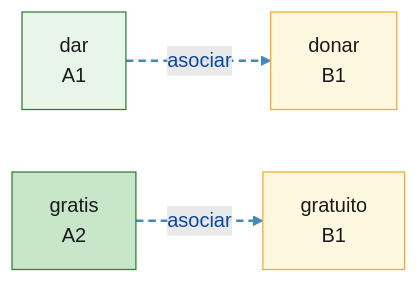
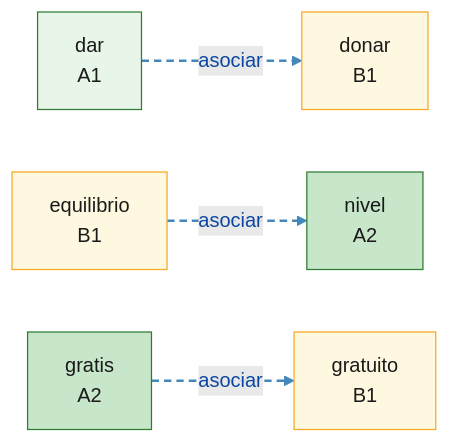
One commit to auding1900/es-raiz-vocab changed the diagram in mindmaps/asociar_a-l-4-4.md. Above: the diagram before and after it, drawn with Mermaid. The commit also changed other lines of this file and 30 other files, not shown here.

First line of the commit message:
feat(data): 新增 C4 词根导图：struct,fabric,constru,mol,aed,tect,mur,pont

````diff
--- a/mindmaps/asociar_a-l-4-4.md
+++ b/mindmaps/asociar_a-l-4-4.md
@@ -8,23 +8,29 @@
 ```mermaid
 graph LR
   W_dar["dar<br/>A1"]:::lvlA1
   W_donar["donar<br/>B1"]:::lvlB1
+  W_equilibrio["equilibrio<br/>B1"]:::lvlB1
   W_gratis["gratis<br/>A2"]:::lvlA2
   W_gratuito["gratuito<br/>B1"]:::lvlB1
+  W_nivel["nivel<br/>A2"]:::lvlA2
+  W_equilibrio -.->|asociar| W_nivel
   W_dar -.->|asociar| W_donar
   W_gratis -.->|asociar| W_gratuito
   linkStyle 0 stroke:#4488bb,stroke-width:2px,stroke-dasharray:6 4
   linkStyle 1 stroke:#4488bb,stroke-width:2px,stroke-dasharray:6 4
+  linkStyle 2 stroke:#4488bb,stroke-width:2px,stroke-dasharray:6 4
   classDef root fill:#bbdefb,stroke:#1565c0,stroke-width:2px,color:#0d47a1
   classDef lvlA1 fill:#e8f5e9,stroke:#2e7d32,color:#1a1a1a
   classDef lvlA2 fill:#c8e6c9,stroke:#2e7d32,color:#1a1a1a
   classDef lvlB1 fill:#fff8e1,stroke:#f9a825,color:#1a1a1a
   classDef lvlB2 fill:#ffe0b2,stroke:#ef6c00,color:#1a1a1a
   classDef lvlC1 fill:#ffccbc,stroke:#d84315,color:#1a1a1a
   classDef lvlC2 fill:#ffcdd2,stroke:#b71c1c,color:#1a1a1a
   classDef lvlNA fill:#f5f5f5,stroke:#9e9e9e,color:#424242
   click W_dar "https://www.doubao.com/chat?q=%E8%A5%BF%E7%8F%AD%E7%89%99%E8%AF%ADdar%EF%BC%8C%E8%AF%8D%E6%A0%B9dare%EF%BC%8C%E8%A7%A3%E9%87%8A%E8%AF%8D%E4%B9%89%E3%80%81DELE%E7%AD%89%E7%BA%A7%E3%80%81%E8%AF%AD%E4%BD%93%E3%80%81%E5%B8%B8%E7%94%A8%E6%90%AD%E9%85%8D%E3%80%81%E8%BF%91%E4%B9%89%E8%AF%8D%E8%BE%A8%E6%9E%90%EF%BC%8C%E5%B9%B6%E4%B8%94%E7%BB%992%E6%9D%A1%E6%9D%A5%E8%87%AA%E5%85%AC%E7%89%88%E8%A5%BF%E8%AF%AD%E6%96%87%E6%9C%AC%EF%BC%88Wikisource%2F%E5%8F%A4%E7%99%BB%E5%A0%A1%EF%BC%89%E7%9A%84%E8%87%AA%E7%84%B6%E4%BE%8B%E5%8F%A5%EF%BC%8C%E4%BE%8B%E5%8F%A5%E4%BC%98%E5%85%88%E9%80%89%E7%94%A8%E7%8E%B0%E4%BB%A3%E6%A0%87%E5%87%86%E8%A5%BF%E7%8F%AD%E7%89%99%E8%AF%AD%EF%BC%8C%E5%8F%A4%E4%BD%93%E4%BE%8B%E5%8F%A5%E6%A0%87%E6%B3%A8%E3%80%90arca%C3%ADsmo%E3%80%91" "豆包查询：dar" _blank
   click W_donar "https://www.doubao.com/chat?q=%E8%A5%BF%E7%8F%AD%E7%89%99%E8%AF%ADdonar%EF%BC%8C%E8%AF%8D%E6%A0%B9don%EF%BC%8C%E8%A7%A3%E9%87%8A%E8%AF%8D%E4%B9%89%E3%80%81DELE%E7%AD%89%E7%BA%A7%E3%80%81%E8%AF%AD%E4%BD%93%E3%80%81%E5%B8%B8%E7%94%A8%E6%90%AD%E9%85%8D%E3%80%81%E8%BF%91%E4%B9%89%E8%AF%8D%E8%BE%A8%E6%9E%90%EF%BC%8C%E5%B9%B6%E4%B8%94%E7%BB%992%E6%9D%A1%E6%9D%A5%E8%87%AA%E5%85%AC%E7%89%88%E8%A5%BF%E8%AF%AD%E6%96%87%E6%9C%AC%EF%BC%88Wikisource%2F%E5%8F%A4%E7%99%BB%E5%A0%A1%EF%BC%89%E7%9A%84%E8%87%AA%E7%84%B6%E4%BE%8B%E5%8F%A5%EF%BC%8C%E4%BE%8B%E5%8F%A5%E4%BC%98%E5%85%88%E9%80%89%E7%94%A8%E7%8E%B0%E4%BB%A3%E6%A0%87%E5%87%86%E8%A5%BF%E7%8F%AD%E7%89%99%E8%AF%AD%EF%BC%8C%E5%8F%A4%E4%BD%93%E4%BE%8B%E5%8F%A5%E6%A0%87%E6%B3%A8%E3%80%90arca%C3%ADsmo%E3%80%91" "豆包查询：donar" _blank
+  click W_equilibrio "https://www.doubao.com/chat?q=%E8%A5%BF%E7%8F%AD%E7%89%99%E8%AF%ADequilibrio%EF%BC%8C%E8%AF%8D%E6%A0%B9lib%EF%BC%8C%E8%A7%A3%E9%87%8A%E8%AF%8D%E4%B9%89%E3%80%81DELE%E7%AD%89%E7%BA%A7%E3%80%81%E8%AF%AD%E4%BD%93%E3%80%81%E5%B8%B8%E7%94%A8%E6%90%AD%E9%85%8D%E3%80%81%E8%BF%91%E4%B9%89%E8%AF%8D%E8%BE%A8%E6%9E%90%EF%BC%8C%E5%B9%B6%E4%B8%94%E7%BB%992%E6%9D%A1%E6%9D%A5%E8%87%AA%E5%85%AC%E7%89%88%E8%A5%BF%E8%AF%AD%E6%96%87%E6%9C%AC%EF%BC%88Wikisource%2F%E5%8F%A4%E7%99%BB%E5%A0%A1%EF%BC%89%E7%9A%84%E8%87%AA%E7%84%B6%E4%BE%8B%E5%8F%A5%EF%BC%8C%E4%BE%8B%E5%8F%A5%E4%BC%98%E5%85%88%E9%80%89%E7%94%A8%E7%8E%B0%E4%BB%A3%E6%A0%87%E5%87%86%E8%A5%BF%E7%8F%AD%E7%89%99%E8%AF%AD%EF%BC%8C%E5%8F%A4%E4%BD%93%E4%BE%8B%E5%8F%A5%E6%A0%87%E6%B3%A8%E3%80%90arca%C3%ADsmo%E3%80%91" "豆包查询：equilibrio" _blank
   click W_gratis "https://www.doubao.com/chat?q=%E8%A5%BF%E7%8F%AD%E7%89%99%E8%AF%ADgratis%EF%BC%8C%E8%AF%8D%E6%A0%B9grat%EF%BC%8C%E8%A7%A3%E9%87%8A%E8%AF%8D%E4%B9%89%E3%80%81DELE%E7%AD%89%E7%BA%A7%E3%80%81%E8%AF%AD%E4%BD%93%E3%80%81%E5%B8%B8%E7%94%A8%E6%90%AD%E9%85%8D%E3%80%81%E8%BF%91%E4%B9%89%E8%AF%8D%E8%BE%A8%E6%9E%90%EF%BC%8C%E5%B9%B6%E4%B8%94%E7%BB%992%E6%9D%A1%E6%9D%A5%E8%87%AA%E5%85%AC%E7%89%88%E8%A5%BF%E8%AF%AD%E6%96%87%E6%9C%AC%EF%BC%88Wikisource%2F%E5%8F%A4%E7%99%BB%E5%A0%A1%EF%BC%89%E7%9A%84%E8%87%AA%E7%84%B6%E4%BE%8B%E5%8F%A5%EF%BC%8C%E4%BE%8B%E5%8F%A5%E4%BC%98%E5%85%88%E9%80%89%E7%94%A8%E7%8E%B0%E4%BB%A3%E6%A0%87%E5%87%86%E8%A5%BF%E7%8F%AD%E7%89%99%E8%AF%AD%EF%BC%8C%E5%8F%A4%E4%BD%93%E4%BE%8B%E5%8F%A5%E6%A0%87%E6%B3%A8%E3%80%90arca%C3%ADsmo%E3%80%91" "豆包查询：gratis" _blank
   click W_gratuito "https://www.doubao.com/chat?q=%E8%A5%BF%E7%8F%AD%E7%89%99%E8%AF%ADgratuito%EF%BC%8C%E8%AF%8D%E6%A0%B9grat%EF%BC%8C%E8%A7%A3%E9%87%8A%E8%AF%8D%E4%B9%89%E3%80%81DELE%E7%AD%89%E7%BA%A7%E3%80%81%E8%AF%AD%E4%BD%93%E3%80%81%E5%B8%B8%E7%94%A8%E6%90%AD%E9%85%8D%E3%80%81%E8%BF%91%E4%B9%89%E8%AF%8D%E8%BE%A8%E6%9E%90%EF%BC%8C%E5%B9%B6%E4%B8%94%E7%BB%992%E6%9D%A1%E6%9D%A5%E8%87%AA%E5%85%AC%E7%89%88%E8%A5%BF%E8%AF%AD%E6%96%87%E6%9C%AC%EF%BC%88Wikisource%2F%E5%8F%A4%E7%99%BB%E5%A0%A1%EF%BC%89%E7%9A%84%E8%87%AA%E7%84%B6%E4%BE%8B%E5%8F%A5%EF%BC%8C%E4%BE%8B%E5%8F%A5%E4%BC%98%E5%85%88%E9%80%89%E7%94%A8%E7%8E%B0%E4%BB%A3%E6%A0%87%E5%87%86%E8%A5%BF%E7%8F%AD%E7%89%99%E8%AF%AD%EF%BC%8C%E5%8F%A4%E4%BD%93%E4%BE%8B%E5%8F%A5%E6%A0%87%E6%B3%A8%E3%80%90arca%C3%ADsmo%E3%80%91" "豆包查询：gratuito" _blank
+  click W_nivel "https://www.doubao.com/chat?q=%E8%A5%BF%E7%8F%AD%E7%89%99%E8%AF%ADnivel%EF%BC%8C%E8%AF%8D%E6%A0%B9lib%EF%BC%8C%E8%A7%A3%E9%87%8A%E8%AF%8D%E4%B9%89%E3%80%81DELE%E7%AD%89%E7%BA%A7%E3%80%81%E8%AF%AD%E4%BD%93%E3%80%81%E5%B8%B8%E7%94%A8%E6%90%AD%E9%85%8D%E3%80%81%E8%BF%91%E4%B9%89%E8%AF%8D%E8%BE%A8%E6%9E%90%EF%BC%8C%E5%B9%B6%E4%B8%94%E7%BB%992%E6%9D%A1%E6%9D%A5%E8%87%AA%E5%85%AC%E7%89%88%E8%A5%BF%E8%AF%AD%E6%96%87%E6%9C%AC%EF%BC%88Wikisource%2F%E5%8F%A4%E7%99%BB%E5%A0%A1%EF%BC%89%E7%9A%84%E8%87%AA%E7%84%B6%E4%BE%8B%E5%8F%A5%EF%BC%8C%E4%BE%8B%E5%8F%A5%E4%BC%98%E5%85%88%E9%80%89%E7%94%A8%E7%8E%B0%E4%BB%A3%E6%A0%87%E5%87%86%E8%A5%BF%E7%8F%AD%E7%89%99%E8%AF%AD%EF%BC%8C%E5%8F%A4%E4%BD%93%E4%BE%8B%E5%8F%A5%E6%A0%87%E6%B3%A8%E3%80%90arca%C3%ADsmo%E3%80%91" "豆包查询：nivel" _blank
 ```
````
